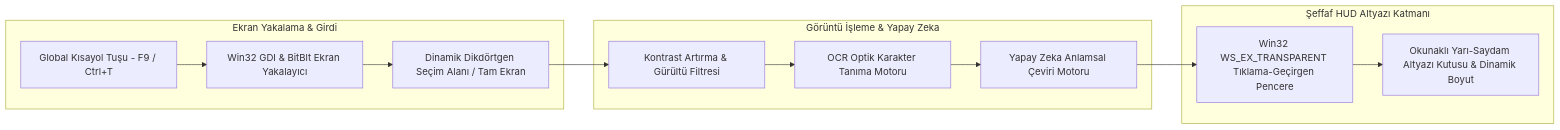
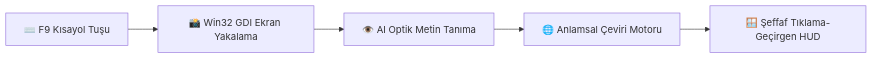
One commit to alphankilicaslan/alphankilicaslan changed the fifth of 5 diagrams in README.md. Above: the diagram before and after it, drawn with Mermaid. The commit also changed other lines of this file, not shown here.

Commit message:
docs: streamline and compact all architecture schemas inside collapsible details blocks

````diff
--- a/README.md
+++ b/README.md
@@ -355,22 +267,7 @@
 ```mermaid
 flowchart LR
-    subgraph Capture_Engine["Ekran Yakalama & Girdi"]
-        Trigger[Global Kısayol Tuşu - F9 / Ctrl+T]
-        Win32Capture[Win32 GDI & BitBlt Ekran Yakalayıcı]
-        AreaSelect[Dinamik Dikdörtgen Seçim Alanı / Tam Ekran]
-        Trigger --> Win32Capture --> AreaSelect
-    end
-
-    subgraph Vision_AI["Görüntü İşleme & Yapay Zeka"]
-        Filter[Kontrast Artırma & Gürültü Filtresi]
-        OCR_Engine[OCR Optik Karakter Tanıma Motoru]
-        SemanticTranslate[Yapay Zeka Anlamsal Çeviri Motoru]
-        AreaSelect --> Filter --> OCR_Engine --> SemanticTranslate
-    end
-
-    subgraph ClickThrough_HUD["Şeffaf HUD Altyazı Katmanı"]
-        TransparentWindow["Win32 WS_EX_TRANSPARENT Tıklama-Geçirgen Pencere"]
-        SubtitleBox[Okunaklı Yarı-Saydam Altyazı Kutusu & Dinamik Boyut]
-        SemanticTranslate --> TransparentWindow --> SubtitleBox
-    end
+    Hotkey["⌨️ F9 Kısayol Tuşu"] --> GDI["📸 Win32 GDI Ekran Yakalama"]
+    GDI --> OCR["👁️ AI Optik Metin Tanıma"]
+    OCR --> AI["🌐 Anlamsal Çeviri Motoru"]
+    AI --> HUD["🪟 Şeffaf Tıklama-Geçirgen HUD"]
 ```
````
